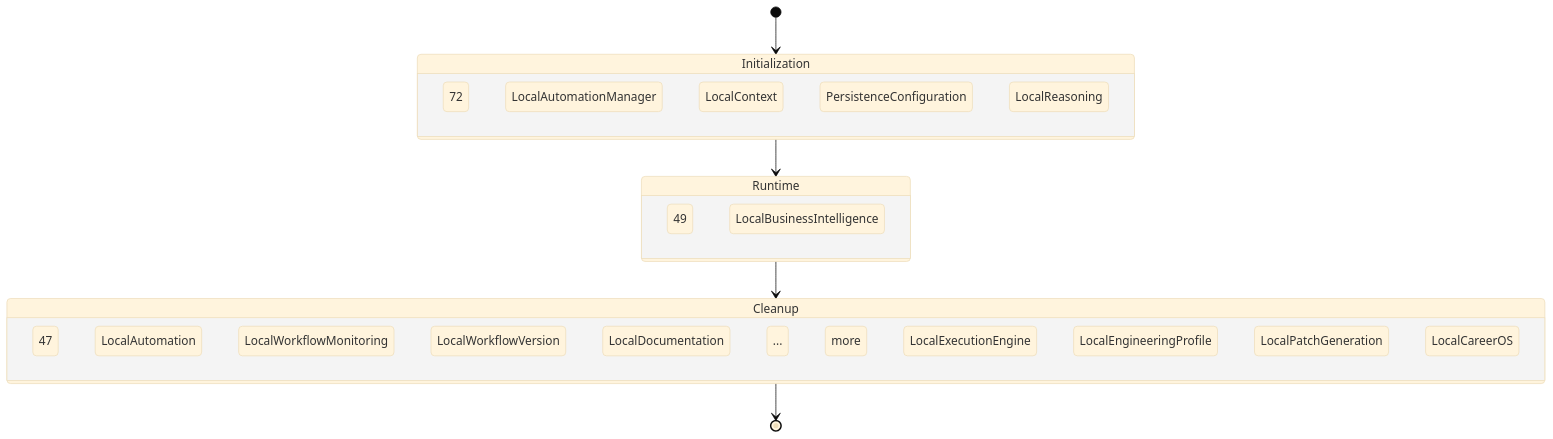
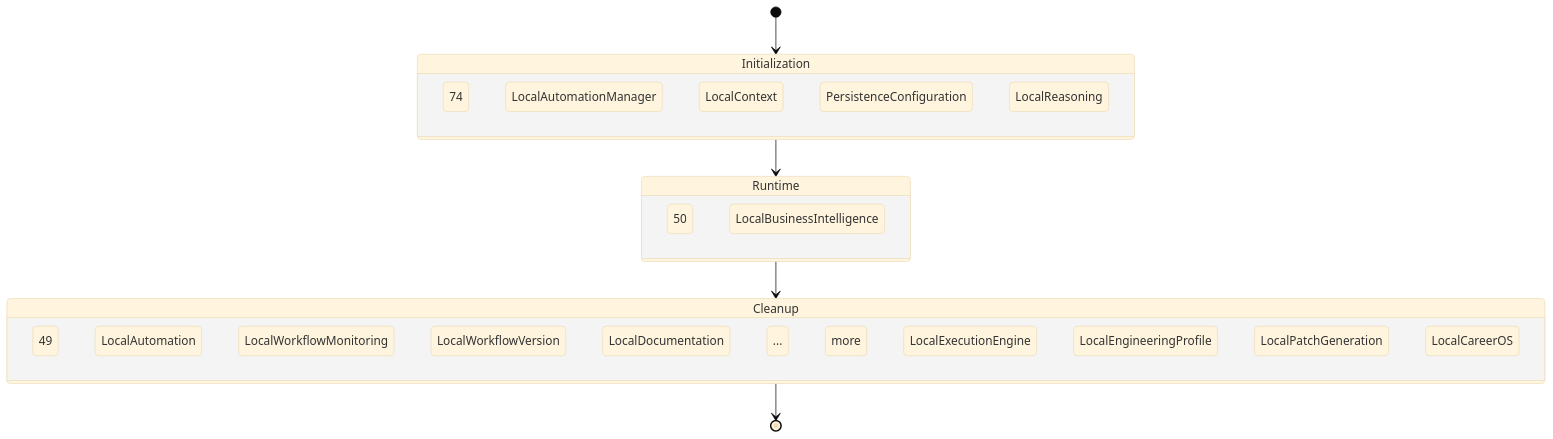
Before and after one commit to Anzar0904/Aios: the diagram in docs/diagrams/lifecycle.md, drawn with Mermaid (base theme). The commit also changed other lines of this file and 86 other files, not shown here.

````diff
--- a/docs/diagrams/lifecycle.md
+++ b/docs/diagrams/lifecycle.md
@@ -15,41 +15,41 @@
 ```mermaid
 stateDiagram-v2
     [*] --> Initialization
     Initialization --> Runtime
     Runtime --> Cleanup
     Cleanup --> [*]
 
     state Initialization {
         LocalAutomationManager
         LocalAutomation
         LocalContext
         LocalWorkflowMonitoring
         LocalWorkflowVersion
         PersistenceConfiguration
         LocalDocumentation
         LocalReasoning
-        ... 72 more
+        ... 74 more
     }
     state Runtime {
         LocalAutomation
         LocalWorkflowMonitoring
         LocalWorkflowVersion
         LocalDocumentation
         LocalBusinessIntelligence
         LocalExecutionEngine
         LocalEngineeringProfile
         LocalPatchGeneration
-        ... 49 more
+        ... 50 more
     }
     state Cleanup {
         LocalAutomation
         LocalWorkflowMonitoring
         LocalWorkflowVersion
         LocalDocumentation
         LocalExecutionEngine
         LocalEngineeringProfile
         LocalPatchGeneration
         LocalCareerOS
-        ... 47 more
+        ... 49 more
     }
 ```
````
